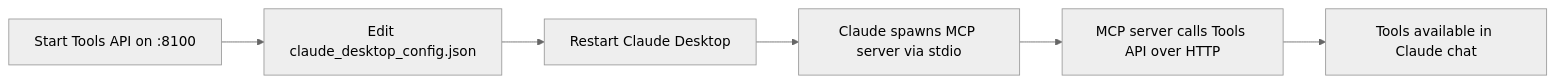
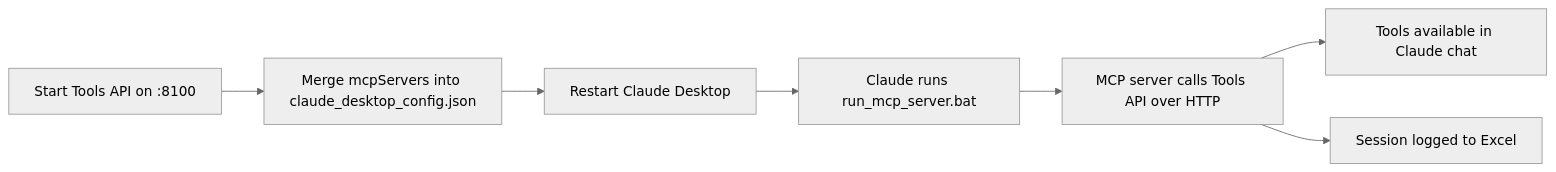
One commit to bharathsp/claude-desktop-fastmcp-tools changed the fourth of 6 diagrams in README.md. Above: the diagram before and after it, drawn with Mermaid (neutral theme). The commit also changed other lines of this file and 1 other file, not shown here.

````diff
--- a/README.md
+++ b/README.md
@@ -309,8 +329,9 @@
 ```mermaid
 flowchart LR
-    A[Start Tools API on :8100] --> B[Edit claude_desktop_config.json]
+    A[Start Tools API on :8100] --> B[Merge mcpServers into claude_desktop_config.json]
     B --> C[Restart Claude Desktop]
-    C --> D[Claude spawns MCP server via stdio]
+    C --> D[Claude runs run_mcp_server.bat]
     D --> E[MCP server calls Tools API over HTTP]
     E --> F[Tools available in Claude chat]
+    E --> G[Session logged to Excel]
 ```
````
